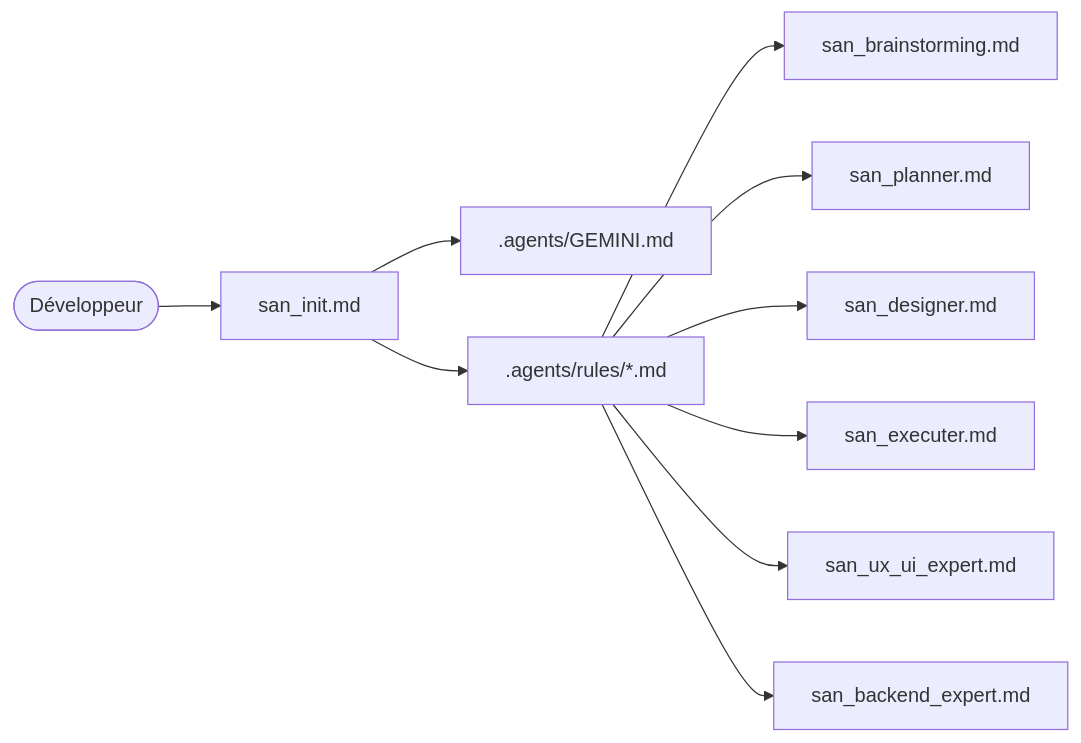
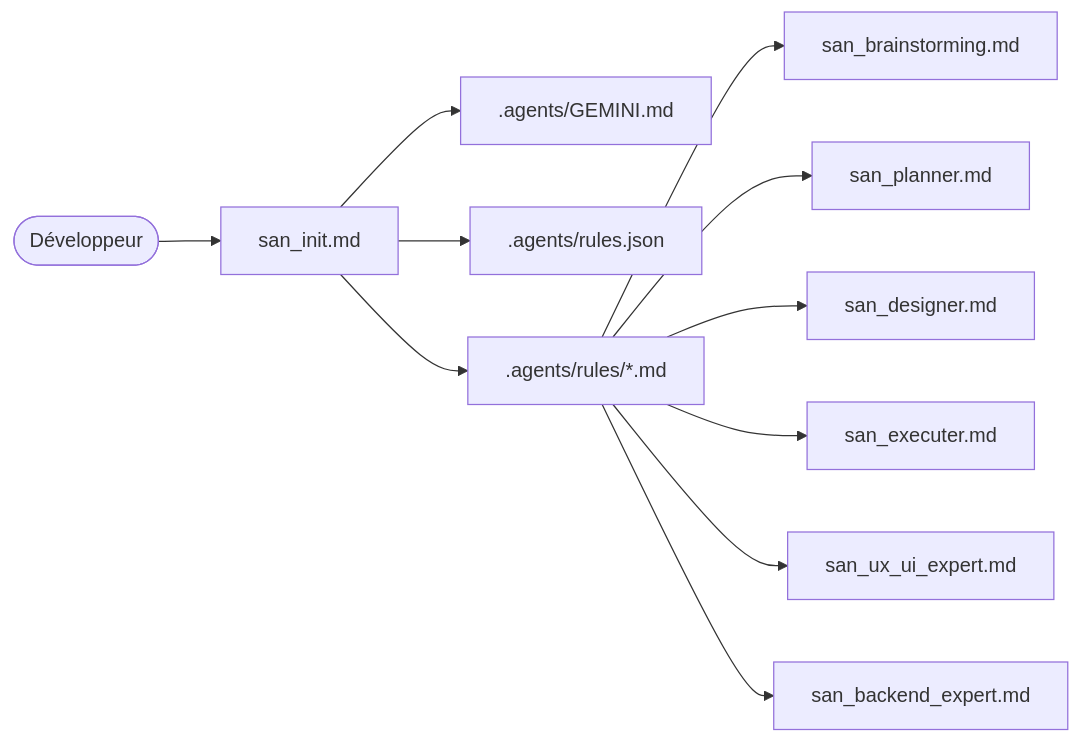
The second of 2 diagrams in skills/san_init.md (alexsan-dev/san_agy_framework), drawn with Mermaid before and after one commit. The commit also changed other lines of this file and 41 other files, not shown here.

Commit message:
feat(phase3): packaging and automated testing of onboarding & scoping core (san_init, san_brainstorming, san_planner)

````diff
--- a/skills/san_init.md
+++ b/skills/san_init.md
@@ -267,13 +765,14 @@
 ```mermaid
 flowchart LR
     Dev(["Développeur"]) --> san_init["san_init.md"]
     san_init --> GEMINI[".agents/GEMINI.md"]
+    san_init --> RULES_JSON[".agents/rules.json"]
     san_init --> RULES[".agents/rules/*.md"]
     
     RULES --> san_brainstorming["san_brainstorming.md"]
     RULES --> san_planner["san_planner.md"]
     RULES --> san_designer["san_designer.md"]
     RULES --> san_executer["san_executer.md"]
     RULES --> san_ux_ui_expert["san_ux_ui_expert.md"]
     RULES --> san_backend_expert["san_backend_expert.md"]
 ```
````
